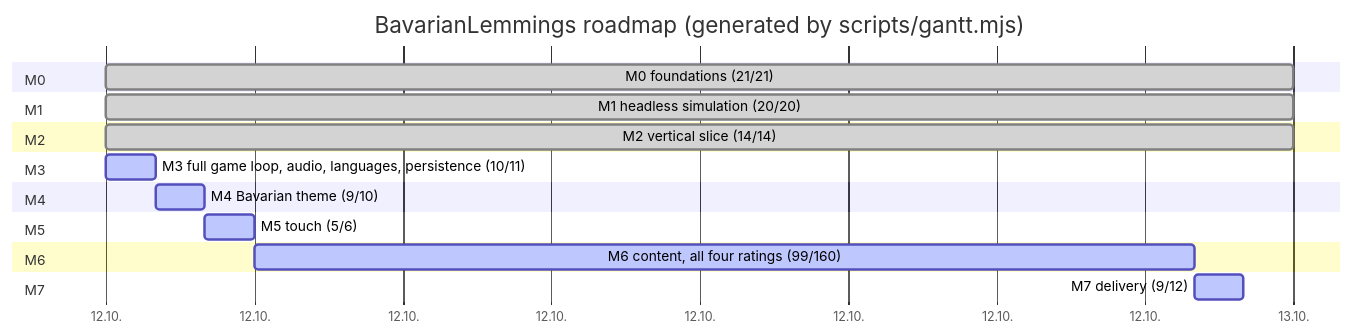
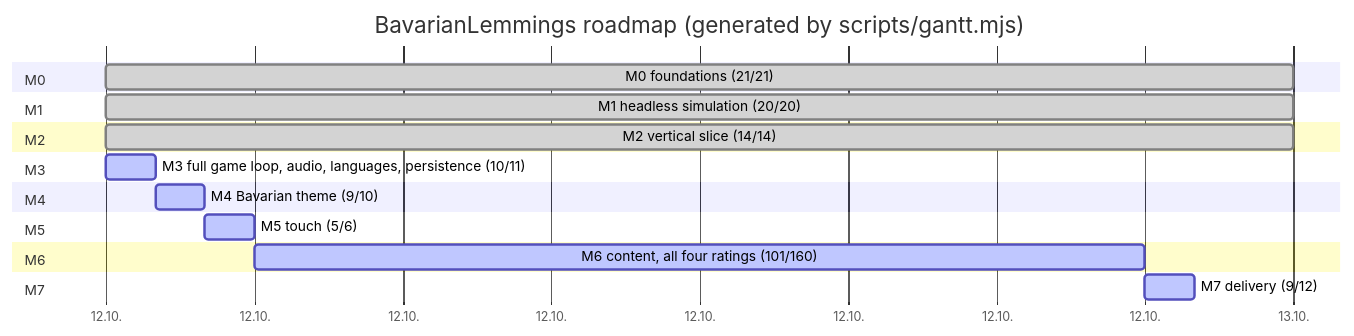
One commit to marcelpetrick/BavarianLemmings changed the diagram in plan.md. Above: the diagram before and after it, drawn with Mermaid. The commit also changed other lines of this file and 10 other files, not shown here.

````diff
--- a/plan.md
+++ b/plan.md
@@ -43,22 +43,22 @@
 ```mermaid
 gantt
     title BavarianLemmings roadmap (generated by scripts/gantt.mjs)
     dateFormat  YYYY-MM-DD
     axisFormat  %d.%m.
     section M0
     M0 foundations (21/21) :done, m0, 2026-10-12, 1d
     section M1
     M1 headless simulation (20/20) :done, m1, 2026-10-12, 1d
     section M2
     M2 vertical slice (14/14) :done, m2, 2026-10-12, 1d
     section M3
     M3 full game loop, audio, languages, persistence (10/11) :active, m3, 2026-10-12, 1h
     section M4
     M4 Bavarian theme (9/10) :active, m4, after m3, 1h
     section M5
     M5 touch (5/6) :active, m5, after m4, 1h
     section M6
-    M6 content, all four ratings (99/160) :active, m6, after m5, 19h
+    M6 content, all four ratings (101/160) :active, m6, after m5, 18h
     section M7
     M7 delivery (9/12) :active, m7, after m6, 1h
 ```
````
